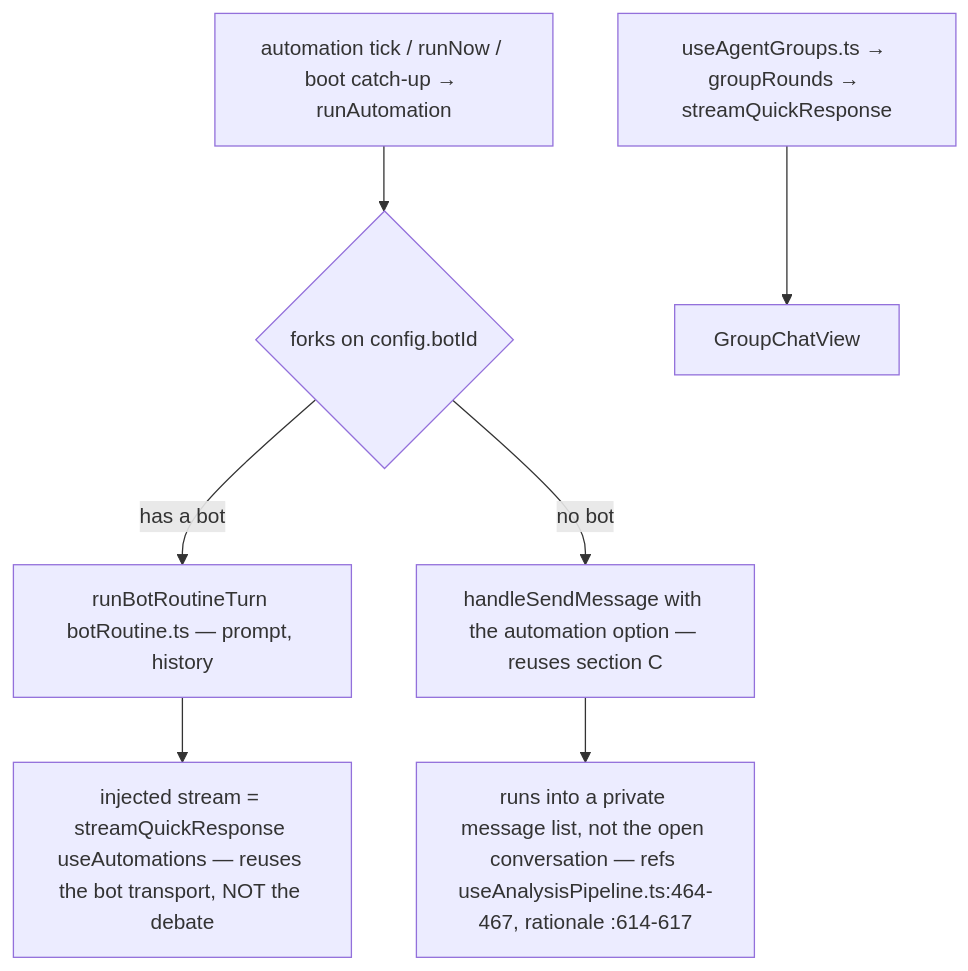
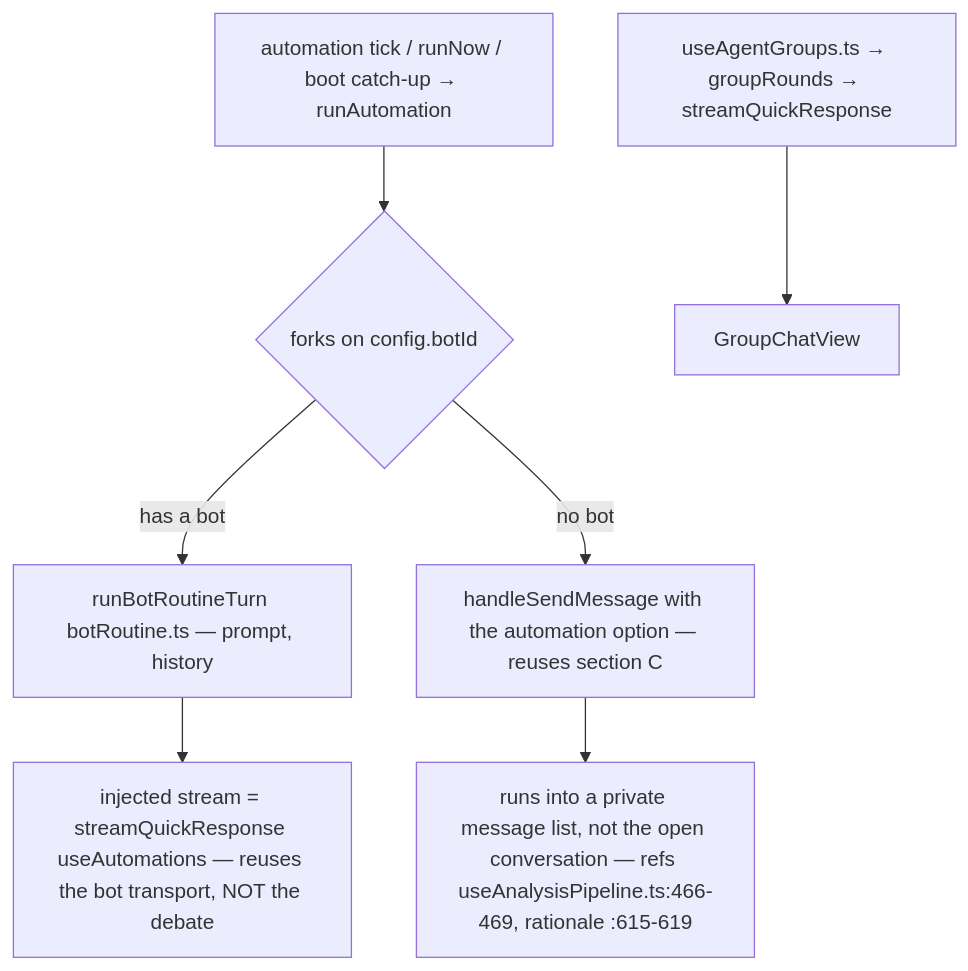
Before and after one commit to Acepay25/august-3.5: the fifth of 7 diagrams in docs/app-flow.md, drawn with Mermaid. The commit also changed other lines of this file and 2 other files, not shown here.

First line of the commit message:
docs(app-flow): re-measure both flow docs against the stage-20 tree

````diff
--- a/docs/app-flow.md
+++ b/docs/app-flow.md
@@ -160,9 +190,9 @@
 ```mermaid
 flowchart TD
     TK["automation tick / runNow / boot catch-up → runAutomation"] --> D{"forks on config.botId"}
     D -->|has a bot| BR["runBotRoutineTurn botRoutine.ts — prompt, history"]
     BR --> ST["injected stream = streamQuickResponse useAutomations — reuses the bot transport, NOT the debate"]
     D -->|no bot| PL["handleSendMessage with the automation option — reuses section C"]
-    PL --> PRIV["runs into a private message list, not the open conversation — refs useAnalysisPipeline.ts:464-467, rationale :614-617"]
+    PL --> PRIV["runs into a private message list, not the open conversation — refs useAnalysisPipeline.ts:466-469, rationale :615-619"]
     GR["useAgentGroups.ts → groupRounds → streamQuickResponse"] --> GV["GroupChatView"]
 ```
````
